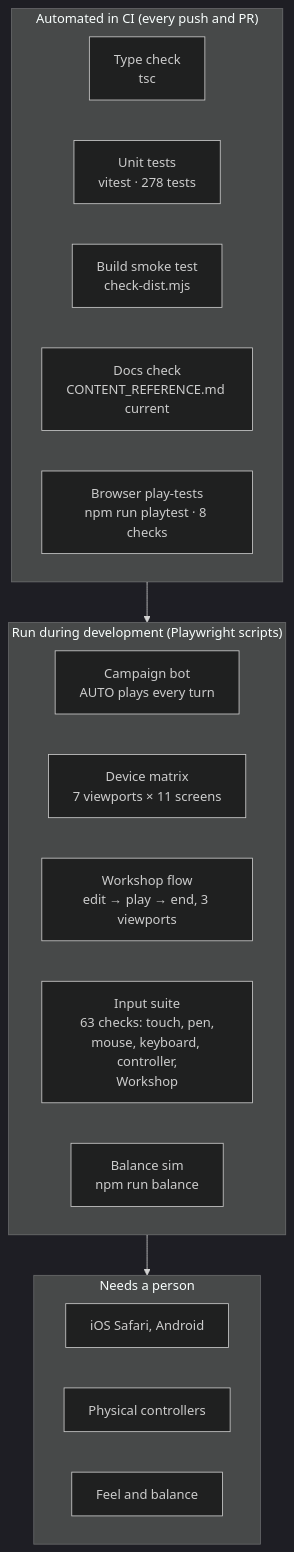
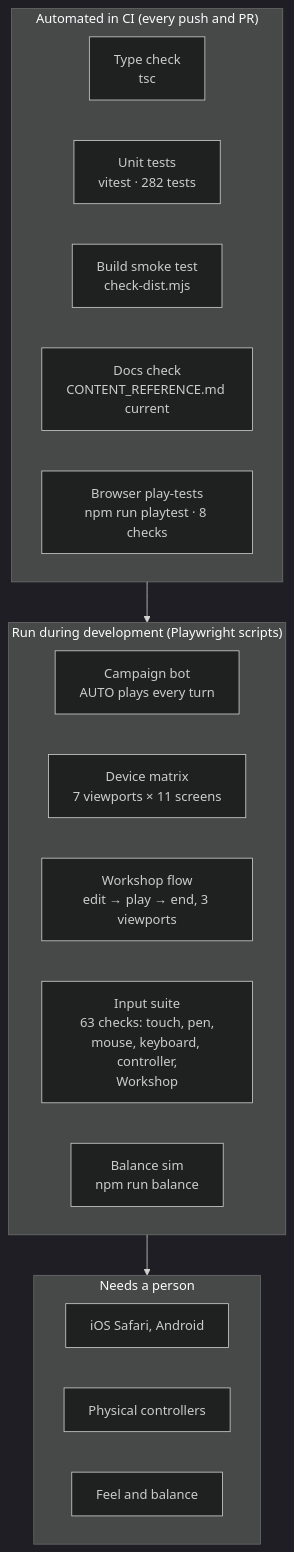
One commit to CptNope/Chess-RPG-Tactics changed the diagram in docs/TESTING.md. Above: the diagram before and after it, drawn with Mermaid (dark theme). The commit also changed other lines of this file and 25 other files, not shown here.

````diff
--- a/docs/TESTING.md
+++ b/docs/TESTING.md
@@ -9,23 +9,23 @@
 ```mermaid
 flowchart TB
     subgraph Auto["Automated in CI (every push and PR)"]
         T1["Type check<br/>tsc"]
-        T2["Unit tests<br/>vitest · 278 tests"]
+        T2["Unit tests<br/>vitest · 282 tests"]
         T3["Build smoke test<br/>check-dist.mjs"]
         T4["Docs check<br/>CONTENT_REFERENCE.md current"]
         T5["Browser play-tests<br/>npm run playtest · 8 checks"]
     end
     subgraph Dev["Run during development (Playwright scripts)"]
         P1["Campaign bot<br/>AUTO plays every turn"]
         P2["Device matrix<br/>7 viewports × 11 screens"]
         P4["Workshop flow<br/>edit → play → end, 3 viewports"]
         P3["Input suite<br/>63 checks: touch, pen,<br/>mouse, keyboard, controller,<br/>Workshop"]
         P5["Balance sim<br/>npm run balance"]
     end
     subgraph Human["Needs a person"]
         H1["iOS Safari, Android"]
         H2["Physical controllers"]
         H3["Feel and balance"]
     end
     Auto --> Dev --> Human
 ```
````
